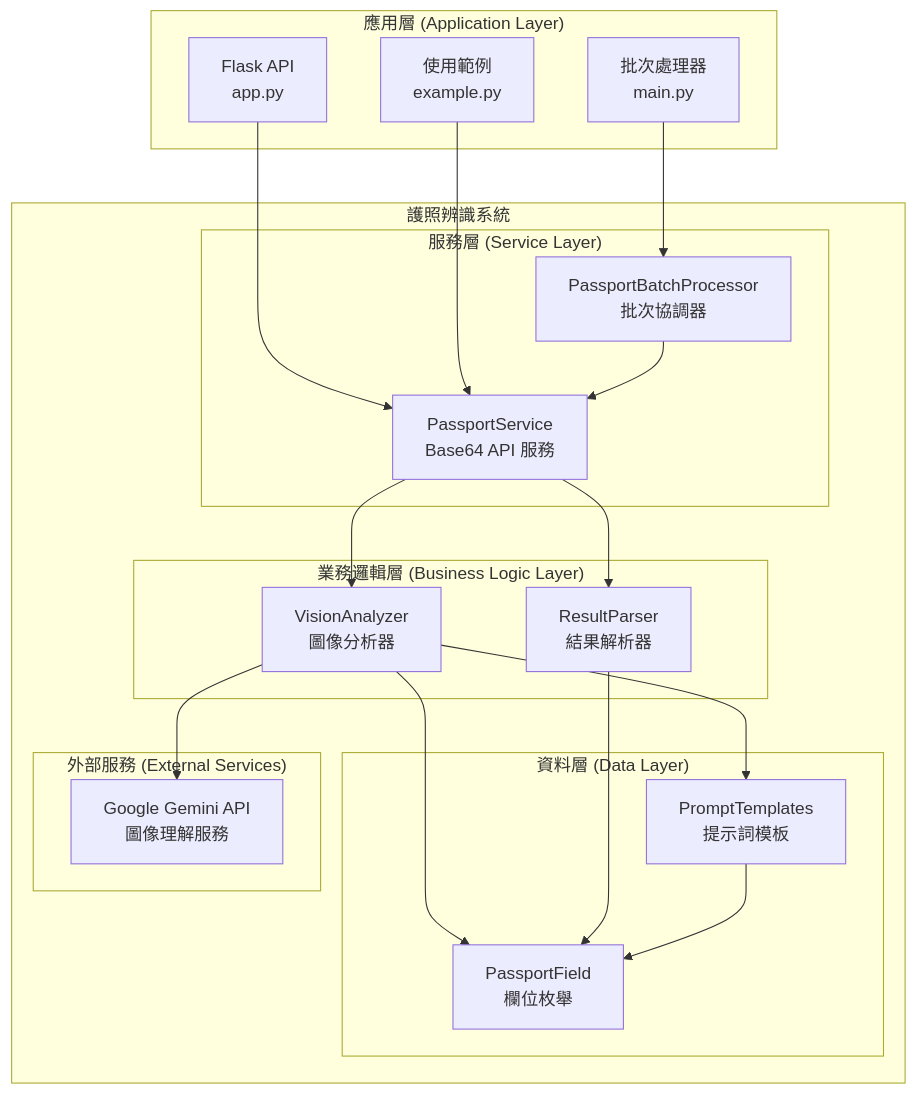
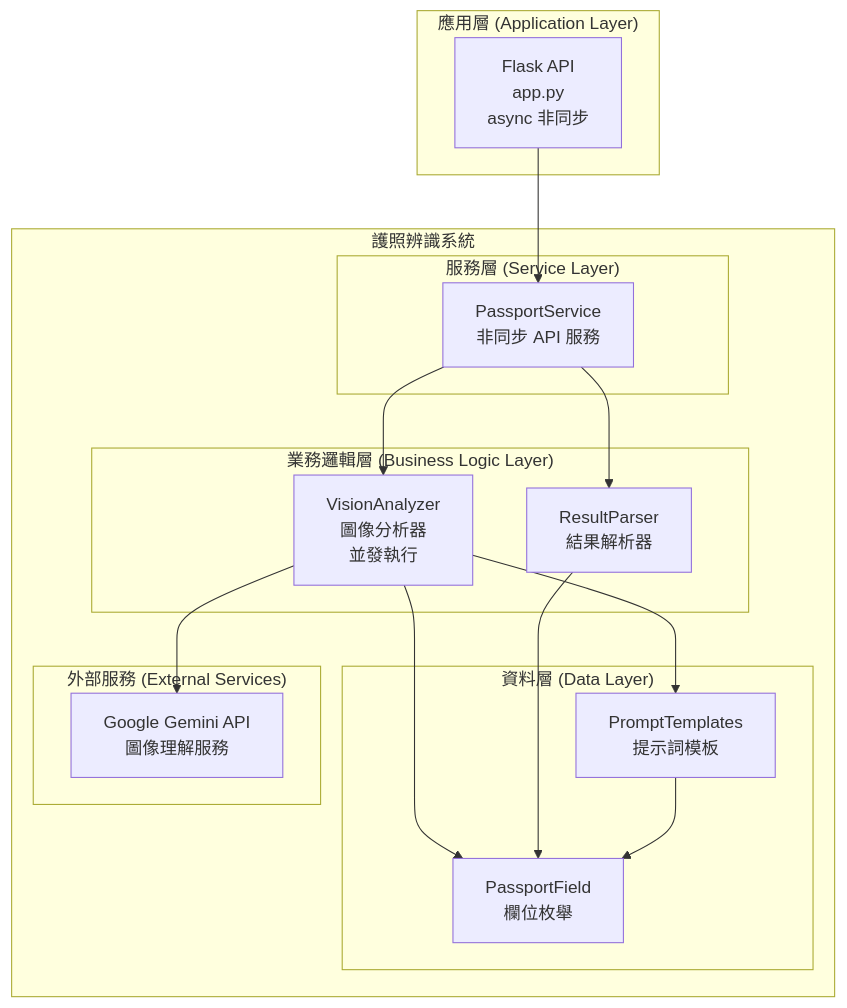
Before and after one commit to wu02067602/Passport-image-recognition: the first of 4 diagrams in 元件圖.md, drawn with Mermaid. The commit also changed other lines of this file and 10 other files, not shown here.

First line of the commit message:
Refactor: Enhance passport recognition API with async support

````diff
--- a/元件圖.md
+++ b/元件圖.md
@@ -7,42 +7,35 @@
 ```mermaid
 graph TB
     subgraph "應用層 (Application Layer)"
-        API[Flask API<br/>app.py]
-        BATCH[批次處理器<br/>main.py]
-        EXAMPLE[使用範例<br/>example.py]
+        API[Flask API<br/>app.py<br/>async 非同步]
     end
     
     subgraph "護照辨識系統"
         subgraph "服務層 (Service Layer)"
-            PS[PassportService<br/>Base64 API 服務]
-            BP[PassportBatchProcessor<br/>批次協調器]
+            PS[PassportService<br/>非同步 API 服務]
         end
         
         subgraph "業務邏輯層 (Business Logic Layer)"
-            VA[VisionAnalyzer<br/>圖像分析器]
+            VA[VisionAnalyzer<br/>圖像分析器<br/>並發執行]
             RP[ResultParser<br/>結果解析器]
         end
         
         subgraph "資料層 (Data Layer)"
             PT[PromptTemplates<br/>提示詞模板]
             PF[PassportField<br/>欄位枚舉]
         end
         
         subgraph "外部服務 (External Services)"
             GAPI[Google Gemini API<br/>圖像理解服務]
         end
     end
     
     API --> PS
-    BATCH --> BP
-    EXAMPLE --> PS
-    
-    BP --> PS
     PS --> VA
     PS --> RP
     VA --> PT
     VA --> PF
     VA --> GAPI
     RP --> PF
     PT --> PF
 ```
````
